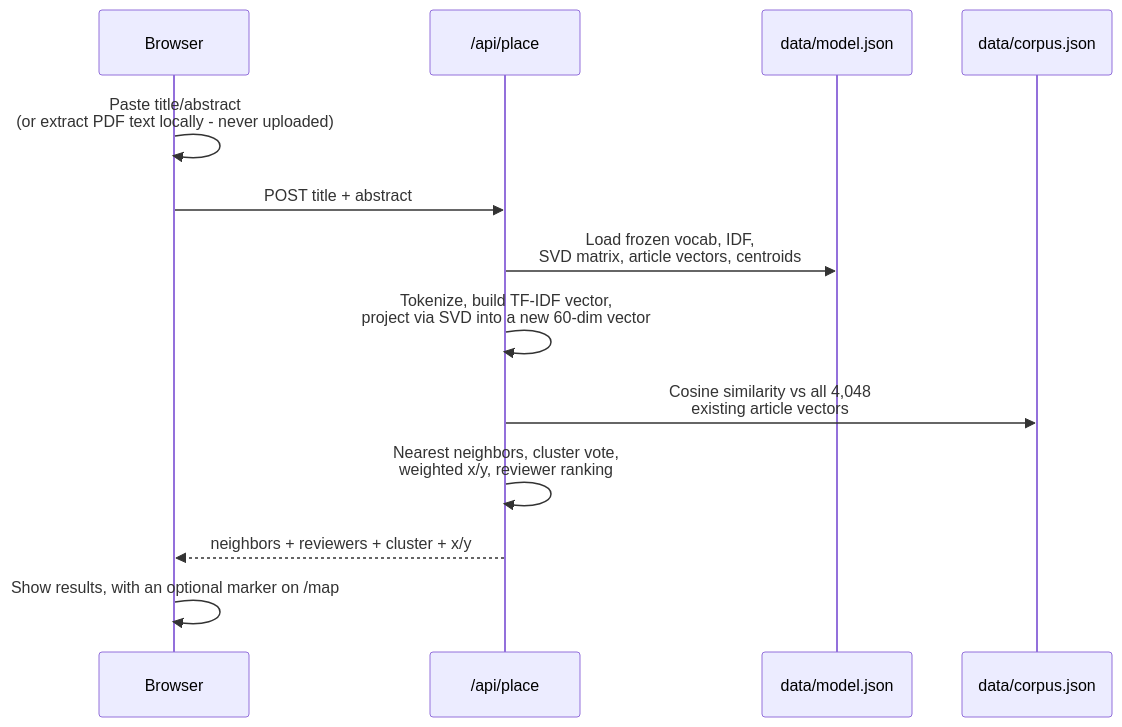
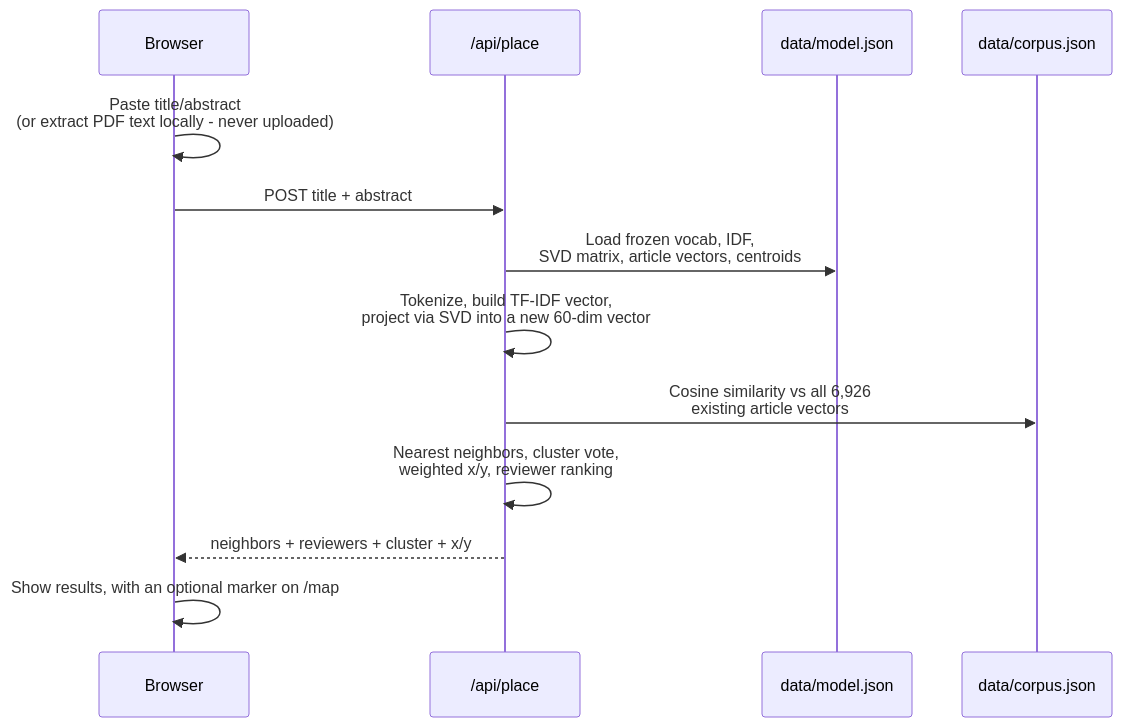
Before and after one commit to david-j-cox/published-landscape: the second of 2 diagrams in README.md, drawn with Mermaid. The commit also changed other lines of this file and 9 other files, not shown here.

````diff
--- a/README.md
+++ b/README.md
@@ -88,16 +88,16 @@
 ```mermaid
 sequenceDiagram
     participant U as Browser
     participant API as /api/place
     participant M as data/model.json
     participant C as data/corpus.json
 
     U->>U: Paste title/abstract<br/>(or extract PDF text locally - never uploaded)
     U->>API: POST title + abstract
     API->>M: Load frozen vocab, IDF,<br/>SVD matrix, article vectors, centroids
     API->>API: Tokenize, build TF-IDF vector,<br/>project via SVD into a new 60-dim vector
-    API->>C: Cosine similarity vs all 4,048<br/>existing article vectors
+    API->>C: Cosine similarity vs all 6,926<br/>existing article vectors
     API->>API: Nearest neighbors, cluster vote,<br/>weighted x/y, reviewer ranking
     API-->>U: neighbors + reviewers + cluster + x/y
     U->>U: Show results, with an optional marker on /map
 ```
````
